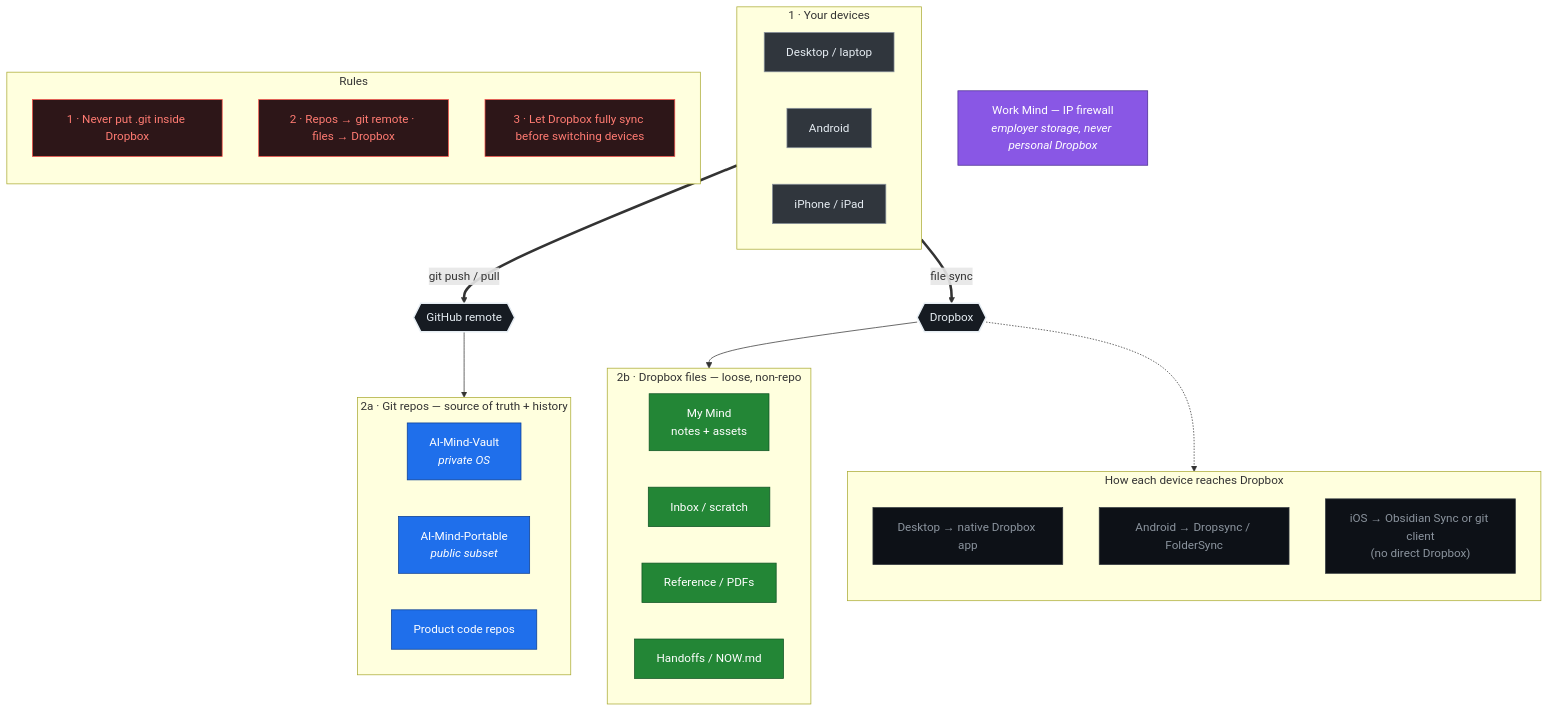
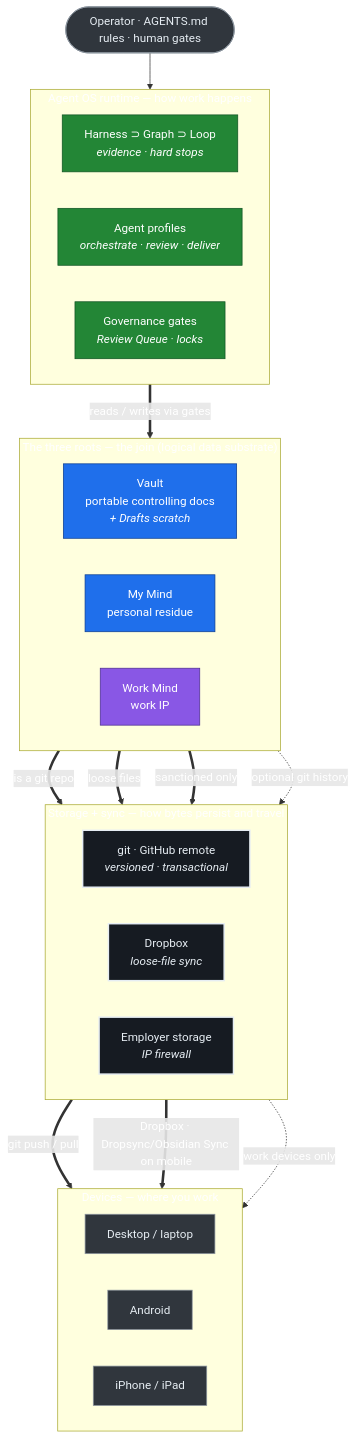
One commit to kniffinjjr/AI-Mind-Portable changed the first of 3 diagrams in Drafts/AI-Mind-Architecture-and-Data-Charts.md. Above: the diagram before and after it, drawn with Mermaid. The commit also changed other lines of this file, not shown here.

Commit message:
Rework charts into one meshed system view + two zooms
Reframe around the insight that the Agent OS and file management are one
system joined at the three roots:
- New lead diagram: the mesh — runtime writes into the roots via gates; each
  root binds to exactly one sync mechanism (Vault->git, My Mind->Dropbox,
  Work Mind->employer); devices sync from those. Columns align per root.
- Zoom A: runtime internals (Harness/Graph/Loop + grouped profiles + gates),
  ending at '-> the three roots' to tie back to the mesh.
- Zoom B: storage/sync rules + continuity habits.

````diff
--- a/Drafts/AI-Mind-Architecture-and-Data-Charts.md
+++ b/Drafts/AI-Mind-Architecture-and-Data-Charts.md
@@ -25,58 +26,51 @@
 ```mermaid
 flowchart TB
-  classDef dev fill:#30363d,color:#e6edf3,stroke:#8b949e,stroke-width:1px;
-  classDef hub fill:#161b22,color:#e6edf3,stroke:#e6edf3,stroke-width:2px;
-  classDef git fill:#1f6feb,color:#ffffff,stroke:#0b3d91;
-  classDef file fill:#238636,color:#ffffff,stroke:#0f5323;
+  classDef intent fill:#30363d,color:#e6edf3,stroke:#8b949e;
+  classDef run fill:#238636,color:#ffffff,stroke:#0f5323;
+  classDef root fill:#1f6feb,color:#ffffff,stroke:#0b3d91;
   classDef work fill:#8957e5,color:#ffffff,stroke:#4b2c91;
-  classDef note fill:#0d1117,color:#8b949e,stroke:#30363d;
-  classDef rule fill:#2d1618,color:#ff7b72,stroke:#f85149;
+  classDef store fill:#161b22,color:#e6edf3,stroke:#e6edf3,stroke-width:2px;
+  classDef dev fill:#30363d,color:#e6edf3,stroke:#8b949e;
 
-  subgraph DEVICES["1 · Your devices"]
+  OP(["Operator · AGENTS.md rules · human gates"]):::intent
+
+  subgraph RUNTIME["Agent OS runtime — how work happens"]
     direction LR
-    D1["Desktop / laptop"]:::dev
-    AND["Android"]:::dev
-    IOS["iPhone / iPad"]:::dev
+    RUN1["Harness ⊃ Graph ⊃ Loop<br/><i>evidence · hard stops</i>"]:::run
+    RUN2["Agent profiles<br/><i>orchestrate · review · deliver</i>"]:::run
+    RUN3["Governance gates<br/><i>Review Queue · locks</i>"]:::run
   end
 
-  GH{{"GitHub remote"}}:::hub
-  DBX{{"Dropbox"}}:::hub
-
-  subgraph REPOS["2a · Git repos — source of truth + history"]
+  subgraph ROOTS["The three roots — the join (logical data substrate)"]
     direction LR
-    RV["AI-Mind-Vault<br/><i>private OS</i>"]:::git
-    RP["AI-Mind-Portable<br/><i>public subset</i>"]:::git
-    RC["Product code repos"]:::git
+    VAULT["Vault<br/>portable controlling docs<br/><i>+ Drafts scratch</i>"]:::root
+    MYM["My Mind<br/>personal residue"]:::root
+    WORKM["Work Mind<br/>work IP"]:::work
   end
 
-  subgraph FILES["2b · Dropbox files — loose, non-repo"]
+  subgraph STORAGE["Storage + sync — how bytes persist and travel"]
     direction LR
-    MM["My Mind<br/>notes + assets"]:::file
-    SCR["Inbox / scratch"]:::file
-    REFP["Reference / PDFs"]:::file
-    NOW["Handoffs / NOW.md"]:::file
+    GITH["git · GitHub remote<br/><i>versioned · transactional</i>"]:::store
+    DBOX["Dropbox<br/><i>loose-file sync</i>"]:::store
+    EMP["Employer storage<br/><i>IP firewall</i>"]:::store
   end
 
-  WM["Work Mind — IP firewall<br/><i>employer storage, never personal Dropbox</i>"]:::work
-
-  DEVICES ==>|"git push / pull"| GH
-  DEVICES ==>|"file sync"| DBX
-  GH --> REPOS
-  DBX --> FILES
-
-  subgraph HOW["How each device reaches Dropbox"]
-    direction TB
-    H1["Desktop&nbsp;→ native Dropbox app"]:::note
-    H2["Android&nbsp;→ Dropsync / FolderSync"]:::note
-    H3["iOS&nbsp;→ Obsidian Sync or git client<br/>(no direct Dropbox)"]:::note
+  subgraph DEVICES["Devices — where you work"]
+    direction LR
+    DESK["Desktop / laptop"]:::dev
+    ANDR["Android"]:::dev
+    IOSD["iPhone / iPad"]:::dev
   end
 
-  subgraph RULESET["Rules"]
-    direction TB
-    R1["1 · Never put .git inside Dropbox"]:::rule
-    R2["2 · Repos → git remote · files → Dropbox"]:::rule
-    R3["3 · Let Dropbox fully sync before switching devices"]:::rule
-  end
+  OP --> RUNTIME
+  RUNTIME ==>|"reads / writes via gates"| ROOTS
 
-  DBX -.-> HOW
+  VAULT ==>|"is a git repo"| GITH
+  MYM ==>|"loose files"| DBOX
+  WORKM ==>|"sanctioned only"| EMP
+  MYM -.->|"optional git history"| GITH
+
+  GITH ==>|"git push / pull"| DEVICES
+  DBOX ==>|"Dropbox · Dropsync/Obsidian Sync on mobile"| DEVICES
+  EMP -.->|"work devices only"| DEVICES
 ```
````
